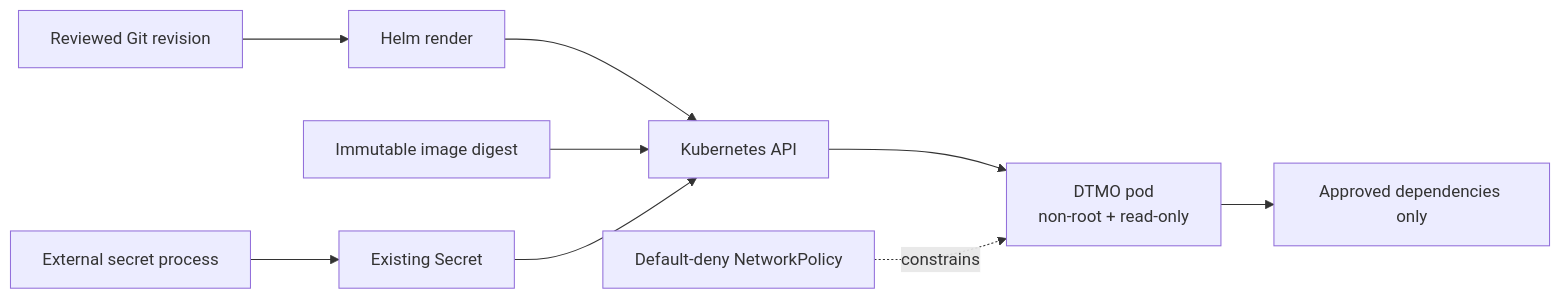
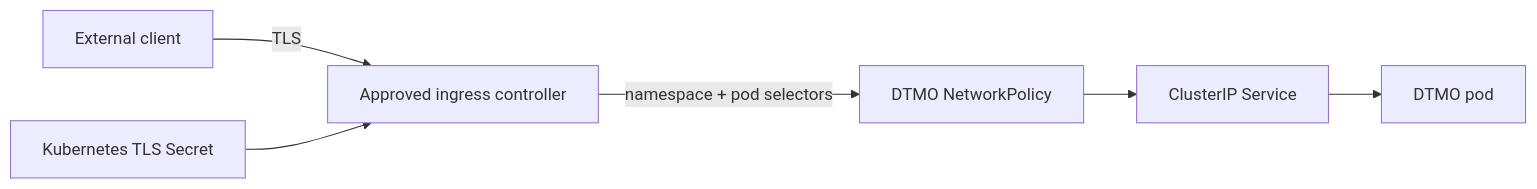
The diagram in docs/security/SECURITY_OVERVIEW.md (GJvManen/dtmo), drawn with Mermaid before and after one commit. The commit also changed other lines of this file, not shown here.

Commit message:
Phase 11.8c: update security overview for TLS ingress boundary

````diff
--- a/docs/security/SECURITY_OVERVIEW.md
+++ b/docs/security/SECURITY_OVERVIEW.md
@@ -52,11 +68,8 @@
 ```mermaid
 flowchart LR
-    G[Reviewed Git revision] --> H[Helm render]
-    H --> K[Kubernetes API]
-    D[Immutable image digest] --> K
-    S[External secret process] --> X[Existing Secret]
-    X --> K
-    K --> P[DTMO pod\nnon-root + read-only]
-    N[Default-deny NetworkPolicy] -. constrains .-> P
-    P --> Q[Approved dependencies only]
+    C[External client] -->|TLS| I[Approved ingress controller]
+    T[Kubernetes TLS Secret] --> I
+    I -->|namespace + pod selectors| N[DTMO NetworkPolicy]
+    N --> S[ClusterIP Service]
+    S --> P[DTMO pod]
 ```
````
